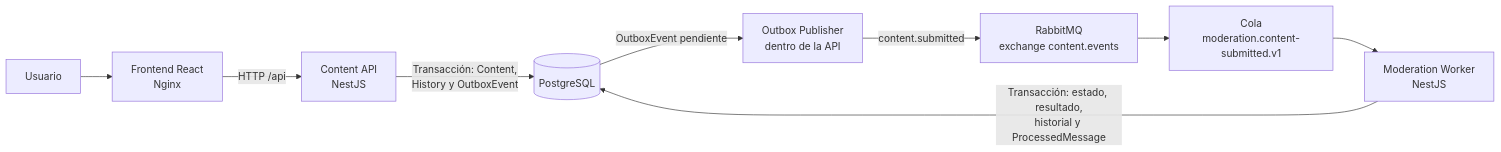
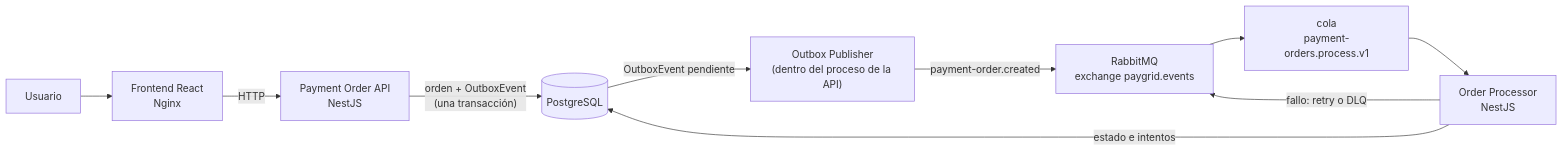
The diagram in README.md (DanielMarchenaMatarrita/Content-moderation-queue), drawn with Mermaid before and after one commit. The commit also changed other lines of this file and 2 other files, not shown here.

Commit message:
docs(paygrid): refresh repository documentation

````diff
--- a/README.md
+++ b/README.md
@@ -21,11 +39,12 @@
 ```mermaid
 flowchart LR
-    U[Usuario] --> F[Frontend React<br/>Nginx]
-    F -->|HTTP /api| A[Content API<br/>NestJS]
-    A -->|Transacción: Content,<br/>History y OutboxEvent| DB[(PostgreSQL)]
-    DB -->|OutboxEvent pendiente| O[Outbox Publisher<br/>dentro de la API]
-    O -->|content.submitted| R[RabbitMQ<br/>exchange content.events]
-    R --> Q[Cola<br/>moderation.content-submitted.v1]
-    Q --> W[Moderation Worker<br/>NestJS]
-    W -->|Transacción: estado, resultado,<br/>historial y ProcessedMessage| DB
+    U["Usuario"] --> F["Frontend React<br/>Nginx"]
+    F -->|HTTP| A["Payment Order API<br/>NestJS"]
+    A -->|"orden + OutboxEvent<br/>(una transacción)"| DB[(PostgreSQL)]
+    DB -->|"OutboxEvent pendiente"| O["Outbox Publisher<br/>(dentro del proceso de la API)"]
+    O -->|"payment-order.created"| R["RabbitMQ<br/>exchange paygrid.events"]
+    R --> Q["cola<br/>payment-orders.process.v1"]
+    Q --> W["Order Processor<br/>NestJS"]
+    W -->|"estado e intentos"| DB
+    W -->|"fallo: retry o DLQ"| R
 ```
````
